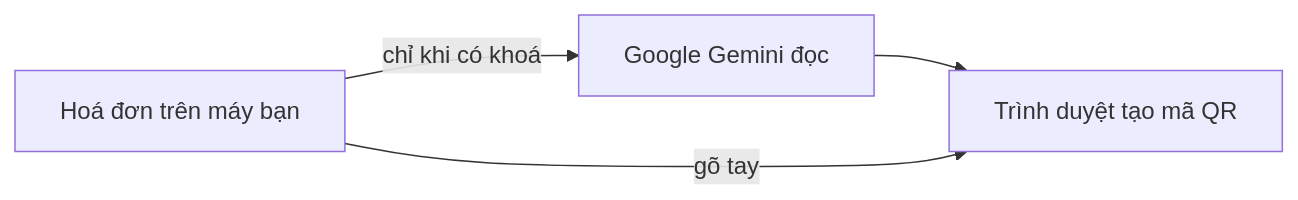
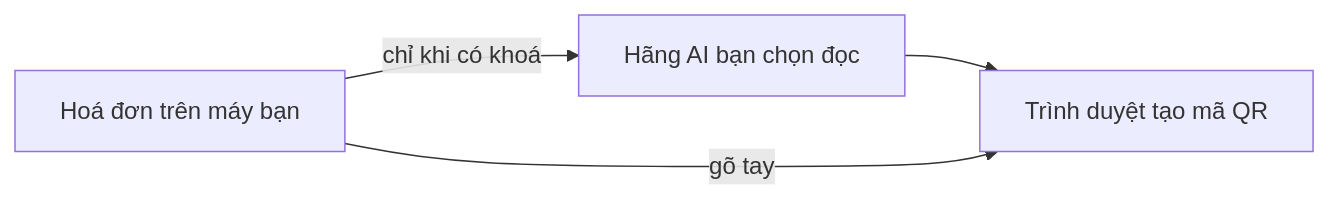
One commit to kinsamson0101/hoa-don-qr changed the diagram in README.md. Above: the diagram before and after it, drawn with Mermaid. The commit also changed other lines of this file and 6 other files, not shown here.

````diff
--- a/README.md
+++ b/README.md
@@ -27,6 +37,6 @@
 ```mermaid
 flowchart LR
-    A[Hoá đơn trên máy bạn] -->|chỉ khi có khoá| B[Google Gemini đọc]
+    A[Hoá đơn trên máy bạn] -->|chỉ khi có khoá| B[Hãng AI bạn chọn đọc]
     B --> C[Trình duyệt tạo mã QR]
     A -->|gõ tay| C
 ```
````
